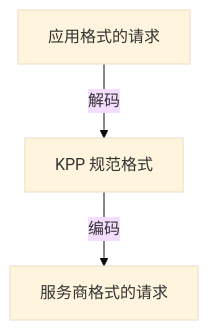
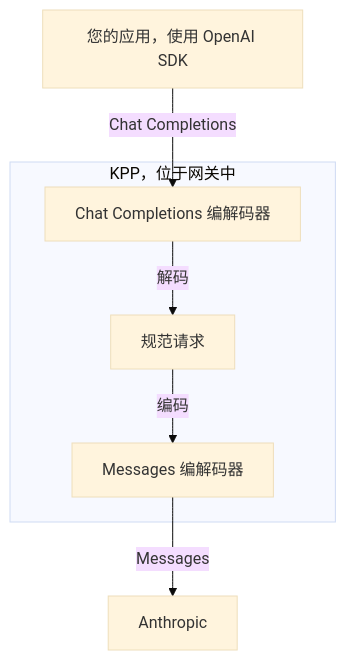
One commit to logicplanes/kaeso changed the diagram in apps/docs/content/zh-CN/concepts/format-translation.md. Above: the diagram before and after it, drawn with Mermaid (base theme). The commit also changed 59 other files, not shown here.

First line of the commit message:
Redraw the introduction's and concept pages' diagrams so each tells its story at a glance

````diff
--- a/apps/docs/content/zh-CN/concepts/format-translation.md
+++ b/apps/docs/content/zh-CN/concepts/format-translation.md
@@ -9,7 +9,16 @@
 ```mermaid
 flowchart TD
   accTitle: 格式转换
-  accDescr: KPP 把应用的请求解码为其规范格式，再编码为服务商的格式。回复沿同一条路返回。
-  app[应用格式的请求] -- 解码 --> kpp[KPP 规范格式]
-  kpp -- 编码 --> provider[服务商格式的请求]
+  accDescr: 使用 OpenAI SDK 的应用发送 Chat Completions 请求。在网关中，KPP 的 Chat Completions 编解码器把请求解码为 KPP 的规范请求，Messages 编解码器再把它编码给 Anthropic。回复沿同一条路返回。
+  app[您的应用，使用 OpenAI SDK]:::outside
+  subgraph kpp [KPP，位于网关中]
+    decode[Chat Completions 编解码器]
+    canonical[规范请求]:::accent
+    encode[Messages 编解码器]
+  end
+  provider[Anthropic]:::outside
+  app -- Chat Completions --> decode
+  decode -- 解码 --> canonical
+  canonical -- 编码 --> encode
+  encode -- Messages --> provider
 ```
````
